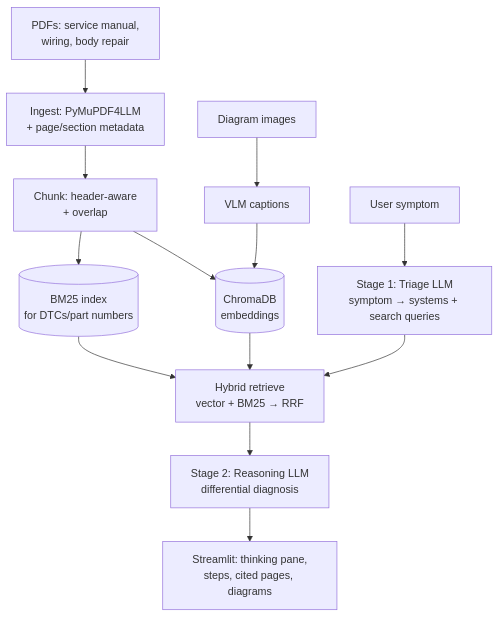
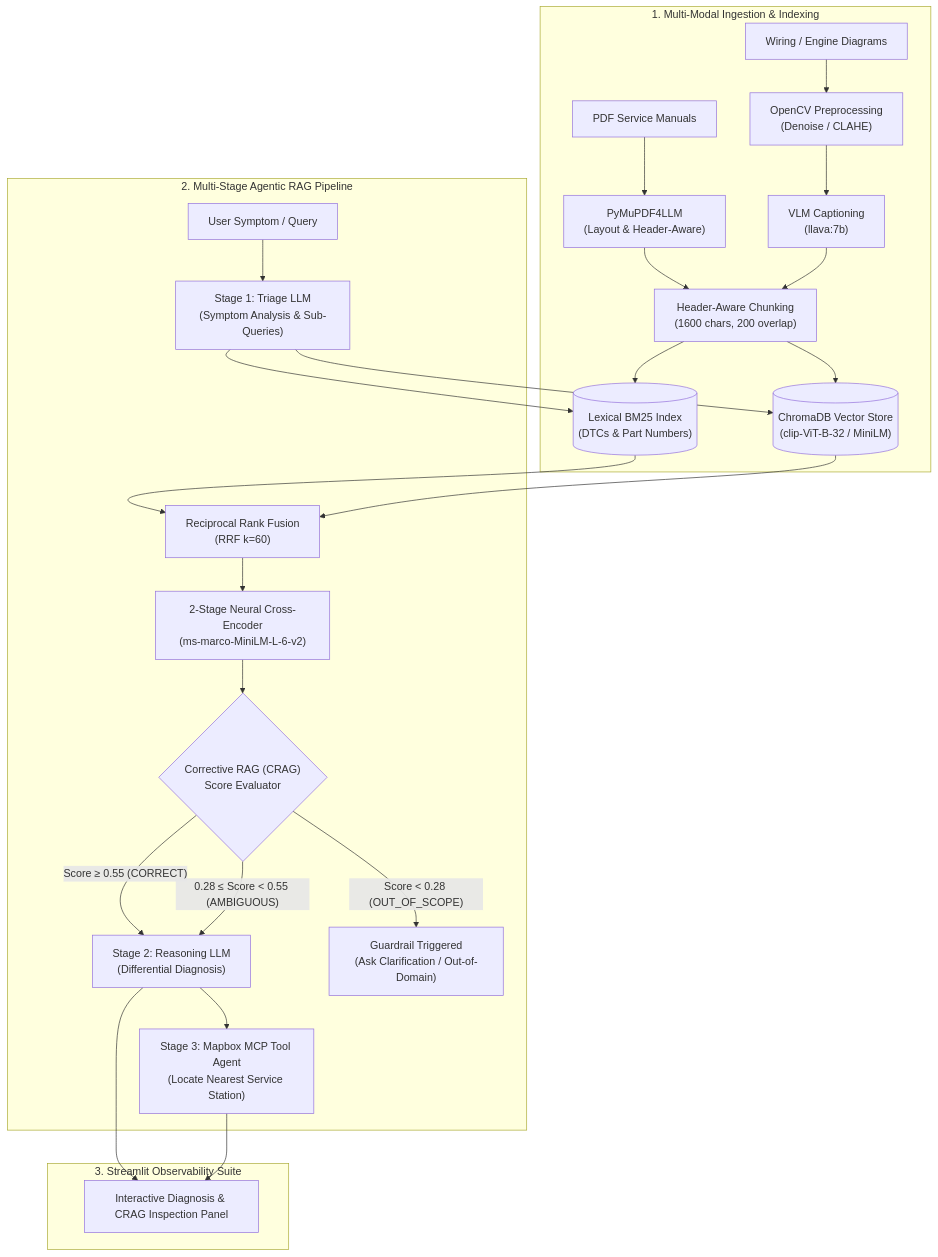
One commit to algorhythm-7/RAG-App changed the diagram in README.md. Above: the diagram before and after it, drawn with Mermaid. The commit also changed other lines of this file and 1 other file, not shown here.

````diff
--- a/README.md
+++ b/README.md
@@ -314,19 +29,39 @@
 ```mermaid
 flowchart TD
-    PDFS["PDFs: service manual,\nwiring, body repair"] --> INGEST["Ingest: PyMuPDF4LLM\n+ page/section metadata"]
-    DIAGRAMS["Diagram images"] --> VLM["VLM captions"]
-    INGEST --> CHUNK["Chunk: header-aware\n+ overlap"]
+    %% Ingestion Branch
+    subgraph Ingestion["1. Multi-Modal Ingestion & Indexing"]
+        PDF["PDF Service Manuals"] --> PYMUPDF["PyMuPDF4LLM\n(Layout & Header-Aware)"]
+        DIAG["Wiring / Engine Diagrams"] --> CV["OpenCV Preprocessing\n(Denoise / CLAHE)"]
+        CV --> VLM["VLM Captioning\n(llava:7b)"]
+        PYMUPDF --> CHUNK["Header-Aware Chunking\n(1600 chars, 200 overlap)"]
+        VLM --> CHUNK
+        CHUNK --> BM25[("Lexical BM25 Index\n(DTCs & Part Numbers)")]
+        CHUNK --> CHROMA[("ChromaDB Vector Store\n(clip-ViT-B-32 / MiniLM)")]
+    end
 
-    CHUNK --> BM25[("BM25 index\nfor DTCs/part numbers")]
-    CHUNK --> CHROMA[("ChromaDB\nembeddings")]
-    VLM --> CHROMA
+    %% Query & Agentic Branch
+    subgraph QueryAgent["2. Multi-Stage Agentic RAG Pipeline"]
+        USER["User Symptom / Query"] --> TRIAGE["Stage 1: Triage LLM\n(Symptom Analysis & Sub-Queries)"]
+        TRIAGE --> BM25
+        TRIAGE --> CHROMA
+        
+        BM25 --> RRF["Reciprocal Rank Fusion\n(RRF k=60)"]
+        CHROMA --> RRF
+        
+        RRF --> RERANK["2-Stage Neural Cross-Encoder\n(ms-marco-MiniLM-L-6-v2)"]
+        
+        RERANK --> CRAG{"Corrective RAG (CRAG)\nScore Evaluator"}
+        
+        CRAG -- "Score ≥ 0.55 (CORRECT)" --> REASON["Stage 2: Reasoning LLM\n(Differential Diagnosis)"]
+        CRAG -- "0.28 ≤ Score < 0.55 (AMBIGUOUS)" --> REASON
+        CRAG -- "Score < 0.28 (OUT_OF_SCOPE)" --> FALLBACK["Guardrail Triggered\n(Ask Clarification / Out-of-Domain)"]
+        
+        REASON --> MCP["Stage 3: Mapbox MCP Tool Agent\n(Locate Nearest Service Station)"]
+    end
 
-    USER["User symptom"] --> TRIAGE["Stage 1: Triage LLM\nsymptom → systems + search queries"]
-
-    BM25 --> HYBRID["Hybrid retrieve\nvector + BM25 → RRF"]
-    CHROMA --> HYBRID
-    TRIAGE --> HYBRID
-
-    HYBRID --> REASON["Stage 2: Reasoning LLM\ndifferential diagnosis"]
-    REASON --> UI["Streamlit: thinking pane,\nsteps, cited pages, diagrams"]
+    %% UI Output
+    subgraph UI["3. Streamlit Observability Suite"]
+        REASON --> STREAMLIT["Interactive Diagnosis & CRAG Inspection Panel"]
+        MCP --> STREAMLIT
+    end
 ```
````
